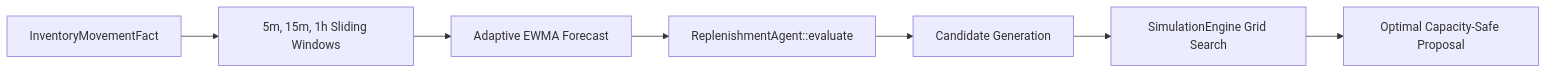
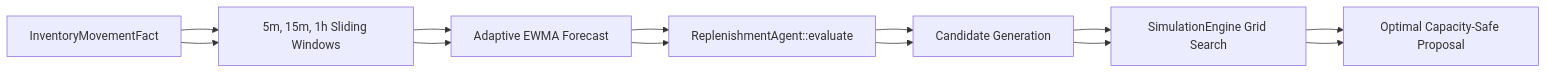
The seventh of 11 diagrams in src/RustDataPlatform/hybrid-orchestrator/ARCHITECTURE.md (Clearleaff/Replenishment-Engine), drawn with Mermaid before and after one commit. The commit also changed other lines of this file and 15 other files, not shown here.

````diff
--- a/src/RustDataPlatform/hybrid-orchestrator/ARCHITECTURE.md
+++ b/src/RustDataPlatform/hybrid-orchestrator/ARCHITECTURE.md
@@ -219,9 +441,15 @@
 ```mermaid
 flowchart LR
+    Fact[InventoryMovementFact] --> Rolling[5m, 15m, 1h Sliding Windows]
+    Rolling --> EWMA[Adaptive EWMA Forecast]
+    EWMA --> Decision[ReplenishmentAgent::evaluate]
+    Decision --> Candidates[Candidate Generation]
+    Candidates --> Sim[SimulationEngine Grid Search]
+    Sim --> Outcome[Optimal Capacity-Safe Proposal]
     Fact["InventoryMovementFact"] --> Rolling["5m, 15m, 1h Sliding Windows"]
     Rolling --> EWMA["Adaptive EWMA Forecast"]
     EWMA --> Decision["ReplenishmentAgent::evaluate"]
     Decision --> Candidates["Candidate Generation"]
     Candidates --> Sim["SimulationEngine Grid Search"]
     Sim --> Outcome["Optimal Capacity-Safe Proposal"]
 ```
````
